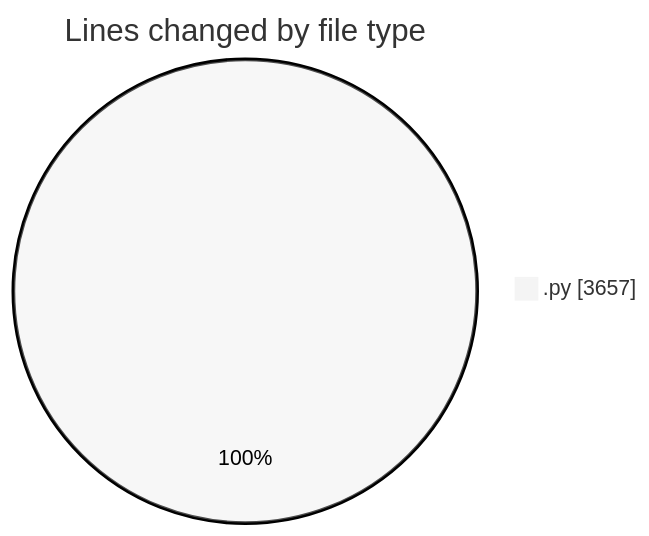
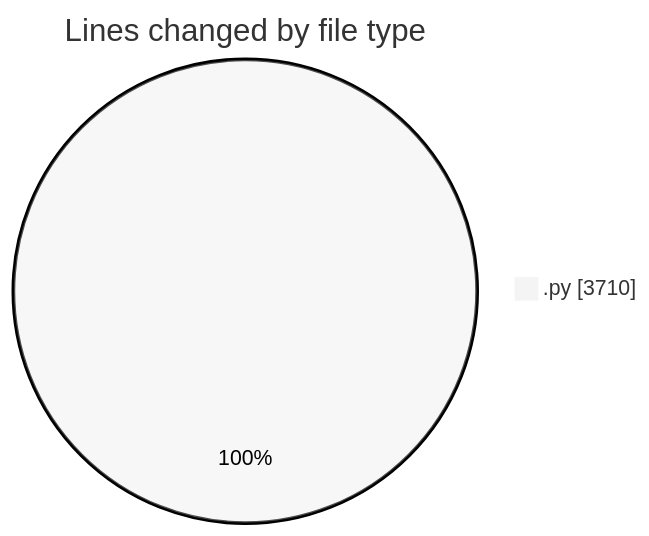
Before and after one commit to MatusMokan/code-tracking: the first of 2 diagrams in 2025-04-12/myws__workspace_/README.md, drawn with Mermaid (neutral theme). The commit also changed other lines of this file and 1 other file, not shown here.

````diff
--- a/2025-04-12/myws__workspace_/README.md
+++ b/2025-04-12/myws__workspace_/README.md
@@ -25,5 +25,5 @@
 ```mermaid
 pie showData
 title Lines changed by file type
-".py" : 3657
+".py" : 3710
 ```
````
